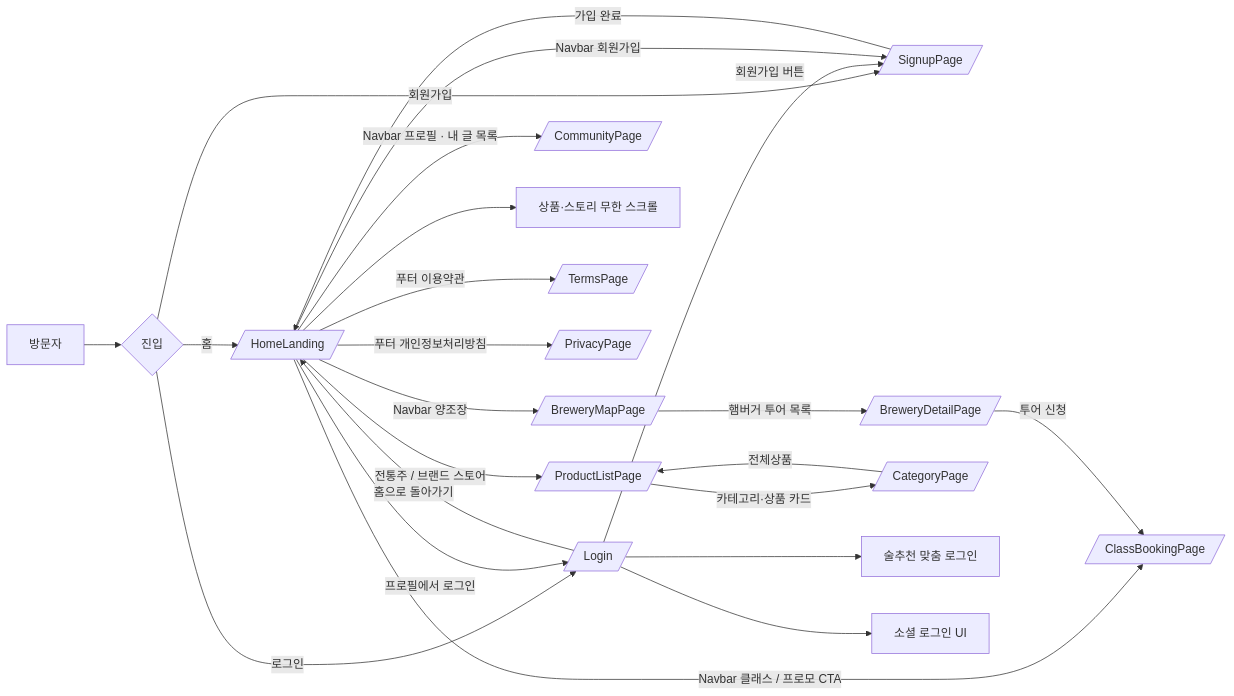
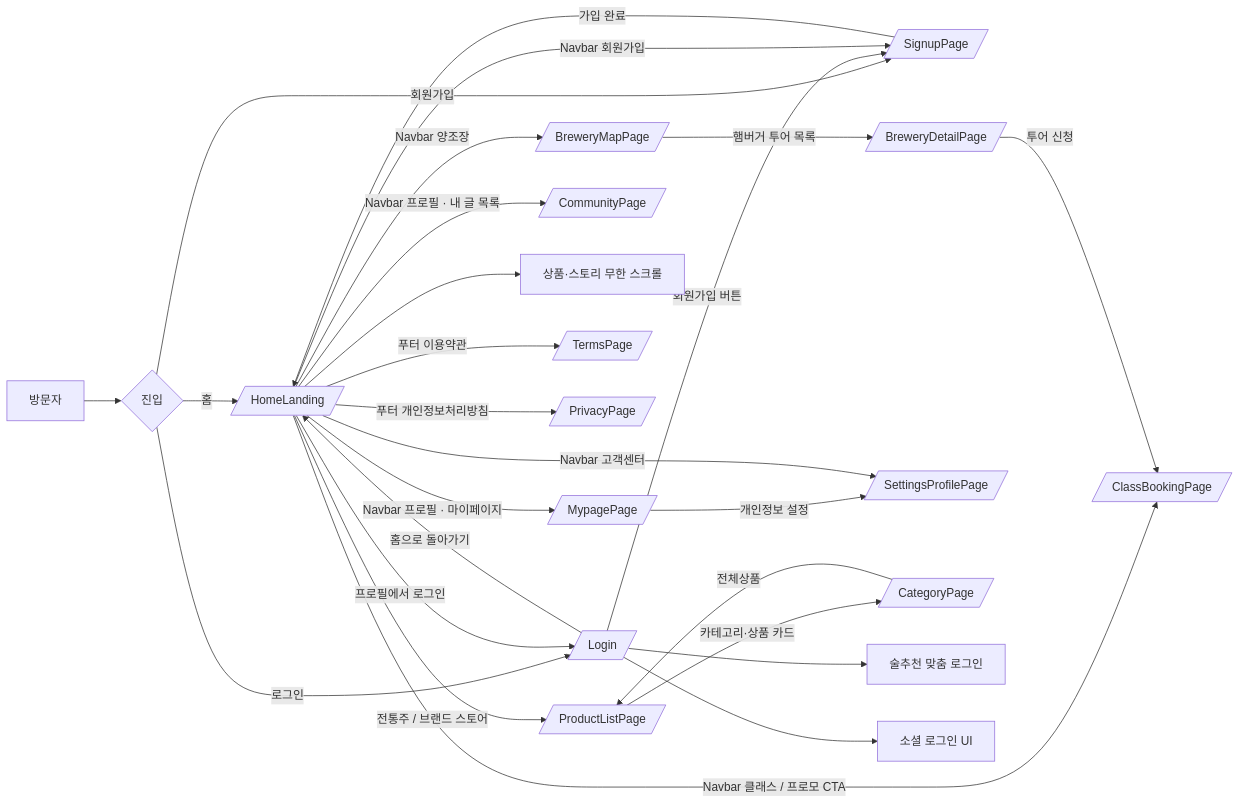
One commit to zyansuh/bitdam changed the first of 3 diagrams in README.md. Above: the diagram before and after it, drawn with Mermaid. The commit also changed other lines of this file, not shown here.

First line of the commit message:
docs(readme): document mypage and account settings

````diff
--- a/README.md
+++ b/README.md
@@ -87,25 +100,28 @@
 ```mermaid
 flowchart LR
     A[방문자] --> B{진입}
     B -->|홈| C[/ HomeLanding /]
     B -->|로그인| D[/ Login /]
     B -->|회원가입| S[/ SignupPage /]
     D -->|회원가입 버튼| S
     C -->|Navbar 회원가입| S
     S -->|가입 완료| C
     C -->|전통주 / 브랜드 스토어| H[/ ProductListPage /]
     C -->|Navbar 양조장| J[/ BreweryMapPage /]
     J -->|햄버거 투어 목록| K[/ BreweryDetailPage /]
+    C -->|Navbar 프로필 · 마이페이지| Q[/ MypagePage /]
+    Q -->|개인정보 설정| R[/ SettingsProfilePage /]
+    C -->|Navbar 고객센터| R
     C -->|Navbar 프로필 · 내 글 목록| M[/ CommunityPage /]
     C -->|Navbar 클래스 / 프로모 CTA| L[/ ClassBookingPage /]
     K -->|투어 신청| L
     C -->|프로필에서 로그인| D
     H -->|카테고리·상품 카드| I[/ CategoryPage /]
     I -->|전체상품| H
     D -->|홈으로 돌아가기| C
     C --> E[상품·스토리 무한 스크롤]
     C -->|푸터 이용약관| T[/ TermsPage /]
     C -->|푸터 개인정보처리방침| P[/ PrivacyPage /]
     D --> F[술추천 맞춤 로그인]
     D --> G[소셜 로그인 UI]
 ```
````
